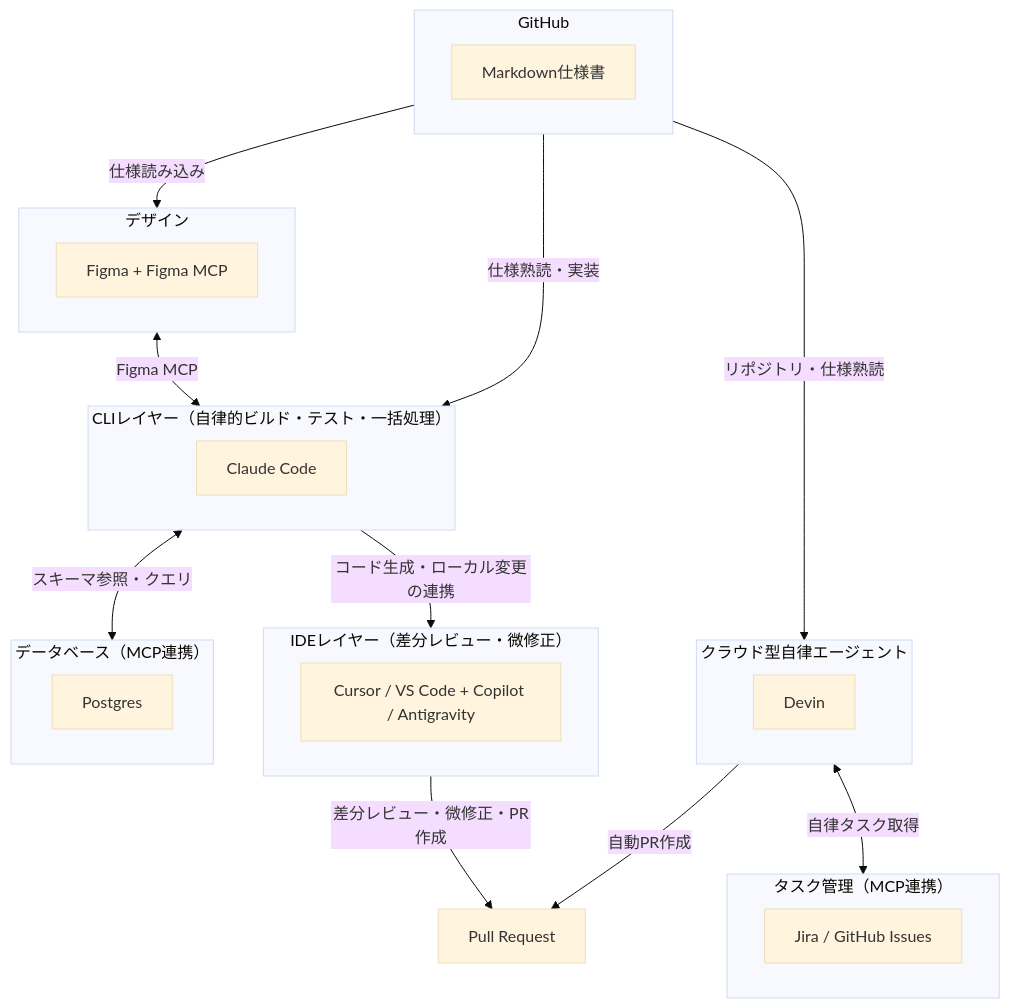
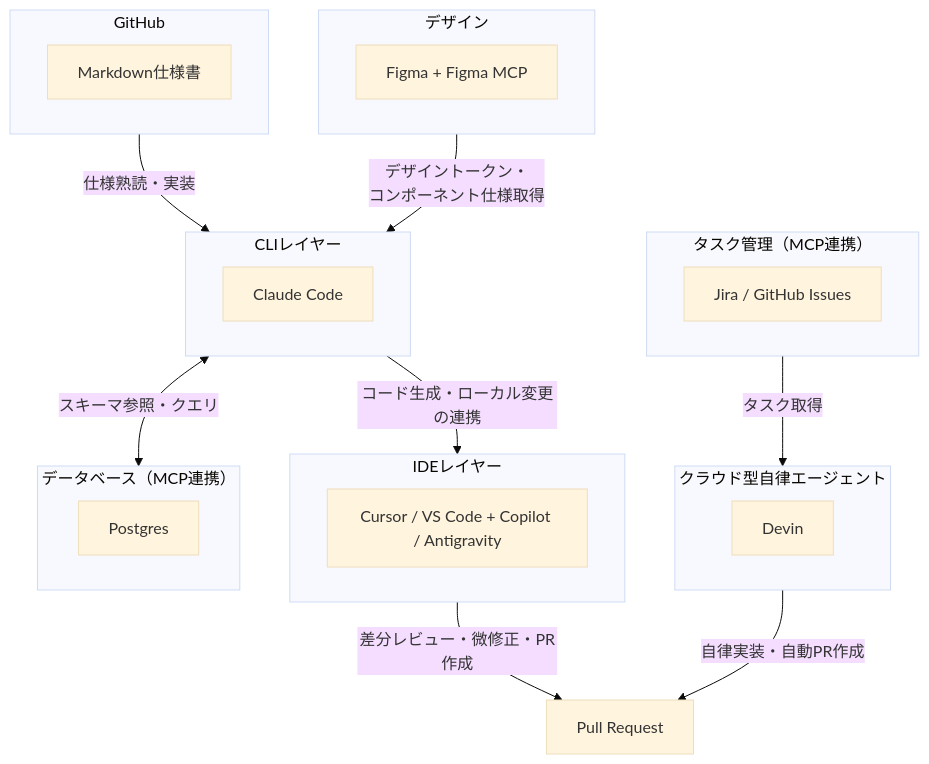
Before and after one commit to takuma39/ai: diagram 15 of 44 in AI駆動開発.md, drawn with Mermaid (base theme).

Commit message:
update: AI駆動開発.mdを更新

````diff
--- a/AI駆動開発.md
+++ b/AI駆動開発.md
@@ -512,42 +512,40 @@
 ```mermaid
 graph TD
     subgraph github["GitHub"]
         MD["Markdown仕様書"]
     end
 
     subgraph figma_ui["デザイン"]
         Figma["Figma + Figma MCP"]
     end
 
-    subgraph cli["CLIレイヤー（自律的ビルド・テスト・一括処理）"]
+    subgraph cli["CLIレイヤー"]
         CC["Claude Code"]
     end
 
-    subgraph ide["IDEレイヤー（差分レビュー・微修正）"]
+    subgraph ide["IDEレイヤー"]
         Cursor["Cursor / VS Code + Copilot / Antigravity"]
     end
 
     subgraph saas_agent["クラウド型自律エージェント"]
         Devin["Devin"]
     end
 
     subgraph database["データベース（MCP連携）"]
         DB["Postgres"]
     end
 
     subgraph tasks["タスク管理（MCP連携）"]
         Jira["Jira / GitHub Issues"]
     end
 
     PR["Pull Request"]
 
-    github -->|"仕様読み込み"| figma_ui
-    figma_ui <-->|"Figma MCP"| cli
     github -->|"仕様熟読・実装"| cli
-    github -->|"リポジトリ・仕様熟読"| saas_agent
+    figma_ui -->|"デザイントークン・<br/>コンポーネント仕様取得"| cli
     cli <-->|"スキーマ参照・クエリ"| database
     cli -->|"コード生成・ローカル変更の連携"| ide
     ide -->|"差分レビュー・微修正・PR作成"| PR
-    saas_agent -->|"自動PR作成"| PR
-    saas_agent <-->|"自律タスク取得"| tasks
+    tasks -->|"タスク取得"| saas_agent
+    saas_agent -->|"自律実装・自動PR作成"| PR
 ```
````
